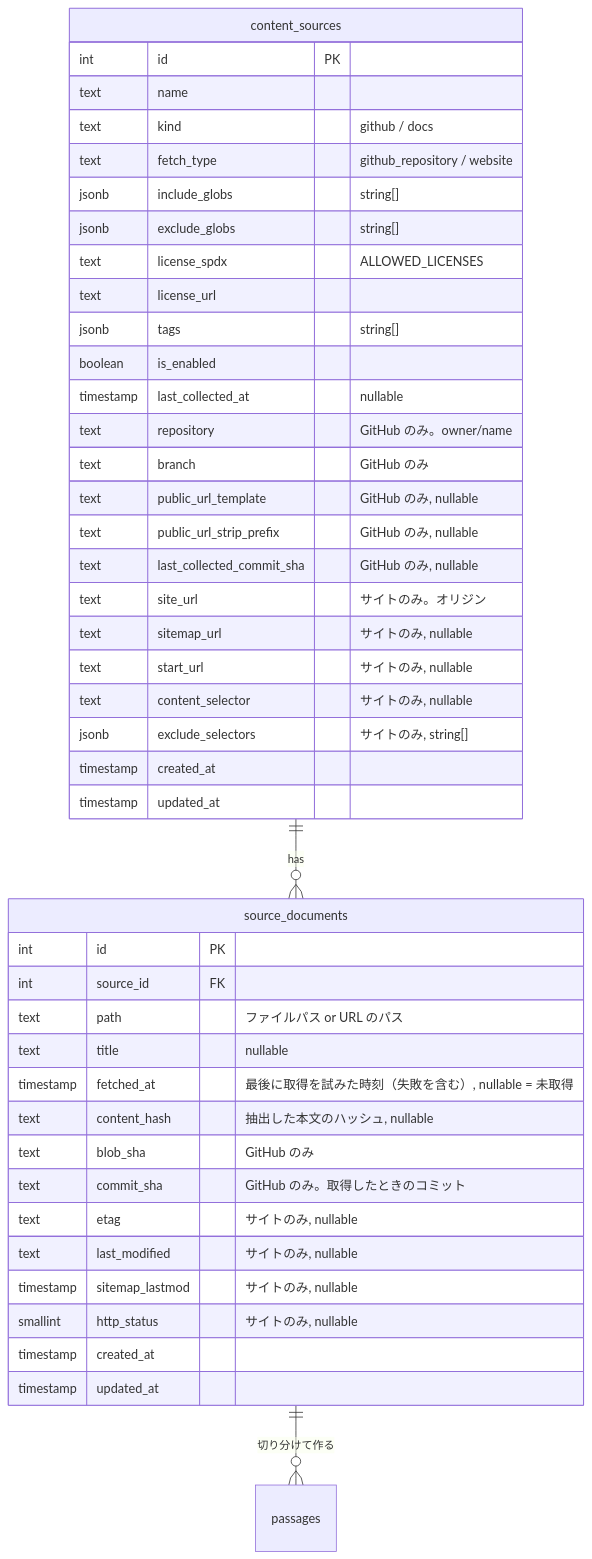
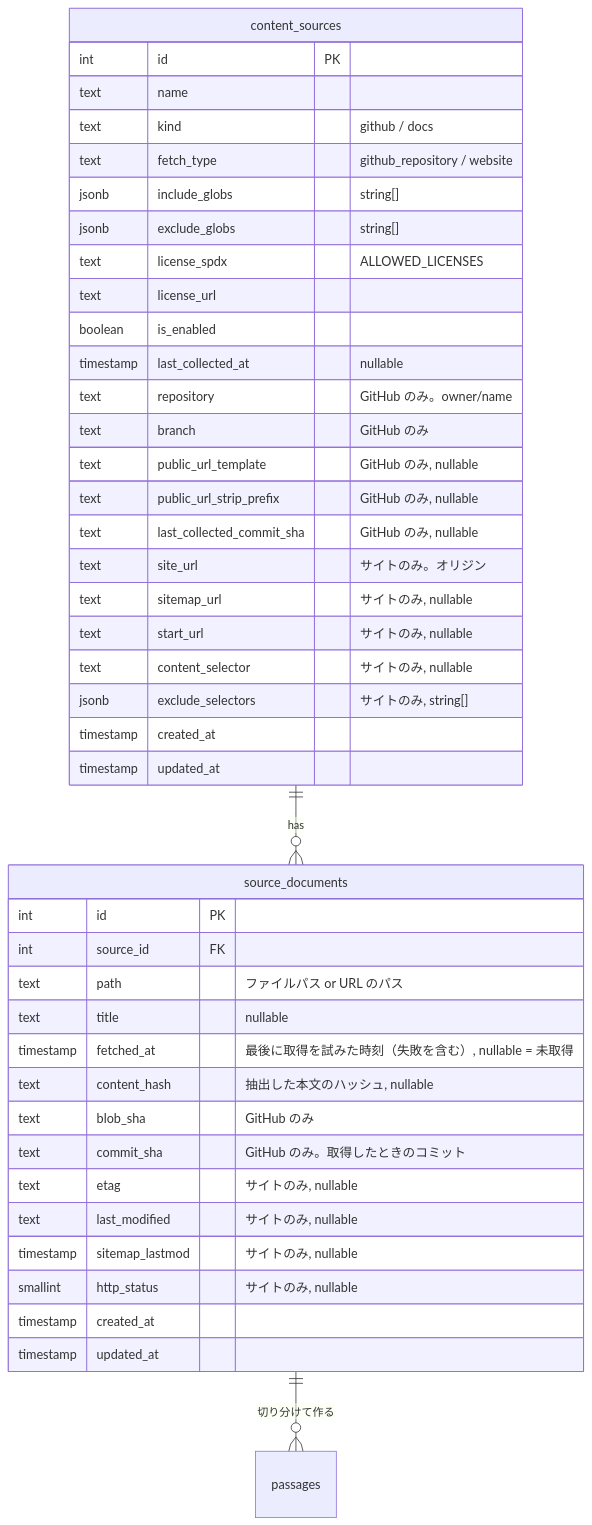
One commit to kentakki416/tech-english changed the second of 3 diagrams in docs/spec/content-collection/README.md. Above: the diagram before and after it, drawn with Mermaid. The commit also changed other lines of this file and 8 other files, not shown here.

````diff
--- a/docs/spec/content-collection/README.md
+++ b/docs/spec/content-collection/README.md
@@ -479,46 +479,45 @@
 ```mermaid
 erDiagram
     content_sources ||--o{ source_documents : has
     source_documents ||--o{ passages : "切り分けて作る"
     content_sources {
         int id PK
         text name
         text kind "github / docs"
         text fetch_type "github_repository / website"
         jsonb include_globs "string[]"
         jsonb exclude_globs "string[]"
         text license_spdx "ALLOWED_LICENSES"
         text license_url
-        jsonb tags "string[]"
         boolean is_enabled
         timestamp last_collected_at "nullable"
         text repository "GitHub のみ。owner/name"
         text branch "GitHub のみ"
         text public_url_template "GitHub のみ, nullable"
         text public_url_strip_prefix "GitHub のみ, nullable"
         text last_collected_commit_sha "GitHub のみ, nullable"
         text site_url "サイトのみ。オリジン"
         text sitemap_url "サイトのみ, nullable"
         text start_url "サイトのみ, nullable"
         text content_selector "サイトのみ, nullable"
         jsonb exclude_selectors "サイトのみ, string[]"
         timestamp created_at
         timestamp updated_at
     }
     source_documents {
         int id PK
         int source_id FK
         text path "ファイルパス or URL のパス"
         text title "nullable"
         timestamp fetched_at "最後に取得を試みた時刻（失敗を含む）, nullable = 未取得"
         text content_hash "抽出した本文のハッシュ, nullable"
         text blob_sha "GitHub のみ"
         text commit_sha "GitHub のみ。取得したときのコミット"
         text etag "サイトのみ, nullable"
         text last_modified "サイトのみ, nullable"
         timestamp sitemap_lastmod "サイトのみ, nullable"
         smallint http_status "サイトのみ, nullable"
         timestamp created_at
         timestamp updated_at
     }
 ```
````
